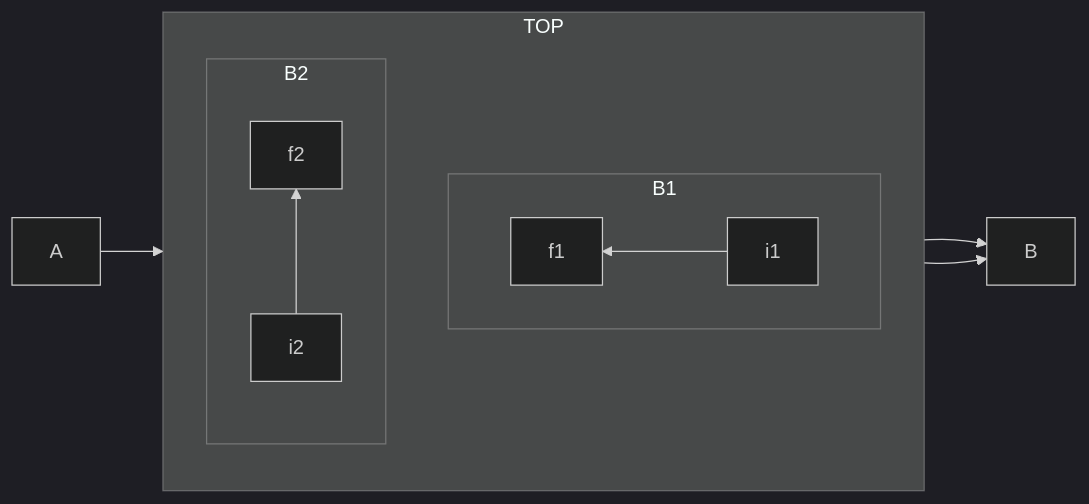
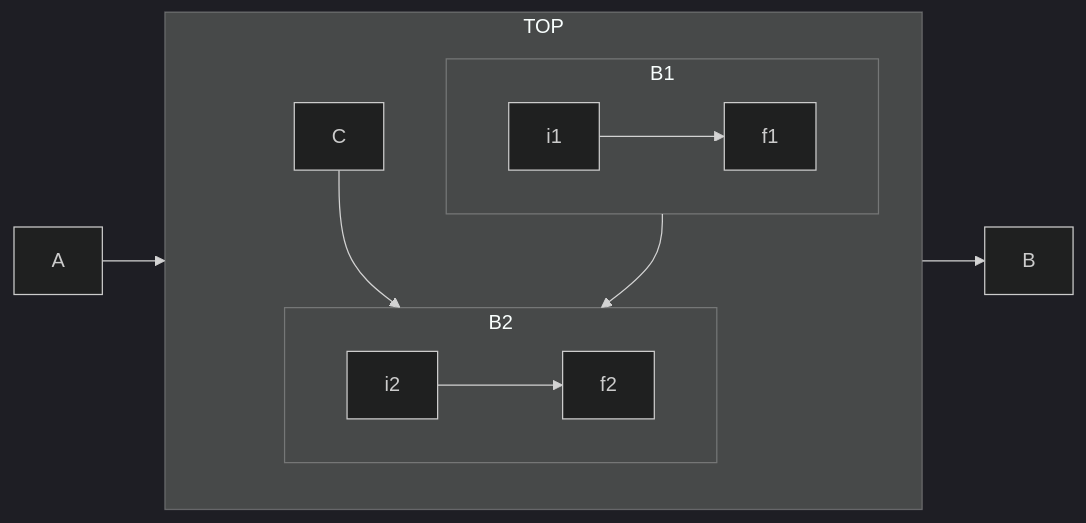
Before and after one commit to AI-READI/fairhub-pipeline: the diagram in mermaid/mmd/flow.mmd, drawn with Mermaid (dark theme). The commit also changed 1 other file, not shown here.

```diff
--- a/mermaid/mmd/flow.mmd
+++ b/mermaid/mmd/flow.mmd
@@ -1,14 +1,15 @@
 flowchart LR
   subgraph TOP
     direction TB
     subgraph B1
-        direction RL
-        i1 -->f1
+        direction LR
+        i1 --> f1
     end
     subgraph B2
-        direction BT
-        i2 -->f2
+        direction LR
+        i2 --> f2
     end
+    C --> B2
   end
   A --> TOP --> B
-  B1 --> B
+  B1 --> B2
```
